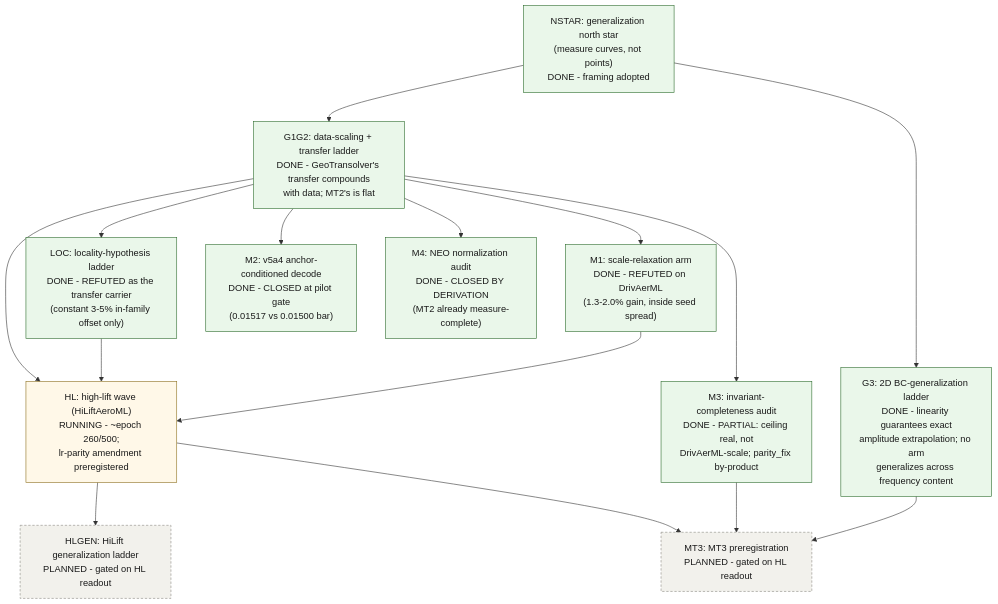
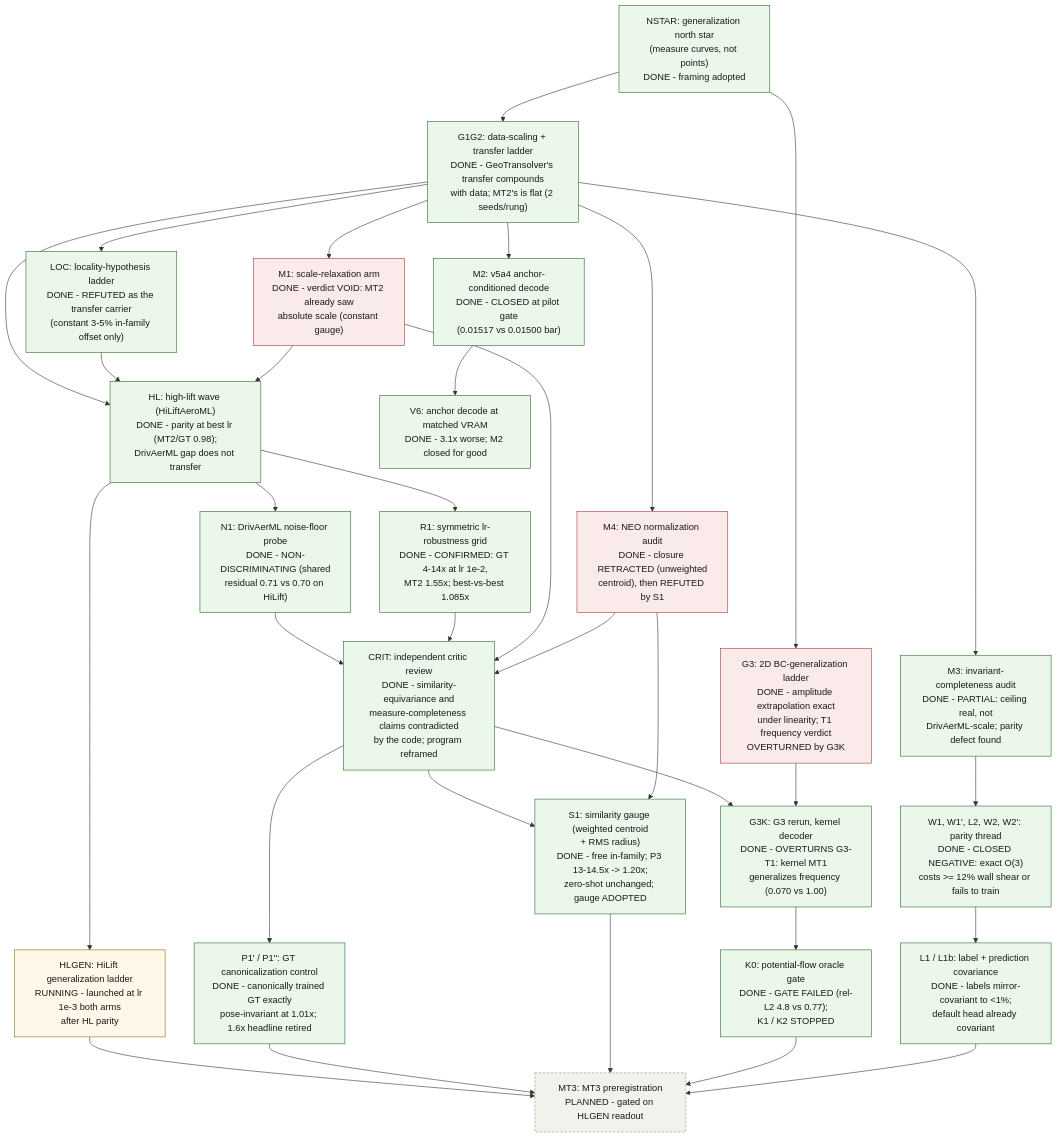
Before and after one commit to peterdsharpe/physicsnemo: the diagram in examples/cfd/mesh_transformer/book/index.qmd, drawn with Mermaid. The commit also changed other lines of this file and 2 other files, not shown here.

Commit message:
Book: architecture/review/tech-tree corrected after critic week (SE(3) not similarity; gauge adopted; 1.6x retired for canonicalization 1.01x; cost table 9.8 GB; G3 kernel rerun; K0; parity closure; honest MT2 claim set)

````diff
--- a/examples/cfd/mesh_transformer/book/index.qmd
+++ b/examples/cfd/mesh_transformer/book/index.qmd
@@ -474,38 +496,68 @@
 ```{mermaid}
 %%| fig-cap: >
-%%|   The generalization-campaign tech tree as of 2026-08-24. Green: done,
+%%|   The generalization-campaign tech tree as of 2026-09-03. Green: done,
 %%|   with the verdict in the node. Amber: running. Gray dashed: planned,
-%%|   gated on an upstream readout. Every node has a ledger row below with
-%%|   its acceptance criterion and notebook evidence link.
+%%|   gated on an upstream readout. Red: a verdict that was later
+%%|   retracted, voided, or overturned; the node that did so is its
+%%|   downstream neighbour. Every node has a ledger row below with its
+%%|   acceptance criterion and notebook evidence link.
 flowchart TB
     classDef done fill:#eaf7ea,stroke:#2a6a2a,color:#1a1a1a
     classDef running fill:#fff8e8,stroke:#8a6d1a,color:#1a1a1a
     classDef planned fill:#f2f1ec,stroke:#898781,color:#1a1a1a,stroke-dasharray:4 3
+    classDef retracted fill:#fbeaea,stroke:#a33a3a,color:#1a1a1a
 
     NSTAR["NSTAR: generalization north star<br/>(measure curves, not points)<br/>DONE - framing adopted"]:::done
-    G1G2["G1G2: data-scaling + transfer ladder<br/>DONE - GeoTransolver's transfer compounds<br/>with data; MT2's is flat"]:::done
+    G1G2["G1G2: data-scaling + transfer ladder<br/>DONE - GeoTransolver's transfer compounds<br/>with data; MT2's is flat (2 seeds/rung)"]:::done
     LOC["LOC: locality-hypothesis ladder<br/>DONE - REFUTED as the transfer carrier<br/>(constant 3-5% in-family offset only)"]:::done
-    M1["M1: scale-relaxation arm<br/>DONE - REFUTED on DrivAerML<br/>(1.3-2.0% gain, inside seed spread)"]:::done
+    M1["M1: scale-relaxation arm<br/>DONE - verdict VOID: MT2 already saw<br/>absolute scale (constant gauge)"]:::retracted
     M2["M2: v5a4 anchor-conditioned decode<br/>DONE - CLOSED at pilot gate<br/>(0.01517 vs 0.01500 bar)"]:::done
-    M3["M3: invariant-completeness audit<br/>DONE - PARTIAL: ceiling real, not<br/>DrivAerML-scale; parity_fix by-product"]:::done
-    M4["M4: NEO normalization audit<br/>DONE - CLOSED BY DERIVATION<br/>(MT2 already measure-complete)"]:::done
-    G3["G3: 2D BC-generalization ladder<br/>DONE - linearity guarantees exact<br/>amplitude extrapolation; no arm<br/>generalizes across frequency content"]:::done
-    HL["HL: high-lift wave (HiLiftAeroML)<br/>RUNNING - ~epoch 260/500;<br/>lr-parity amendment preregistered"]:::running
-    HLGEN["HLGEN: HiLift generalization ladder<br/>PLANNED - gated on HL readout"]:::planned
-    MT3["MT3: MT3 preregistration<br/>PLANNED - gated on HL readout"]:::planned
+    M3["M3: invariant-completeness audit<br/>DONE - PARTIAL: ceiling real, not<br/>DrivAerML-scale; parity defect found"]:::done
+    M4["M4: NEO normalization audit<br/>DONE - closure RETRACTED (unweighted<br/>centroid), then REFUTED by S1"]:::retracted
+    G3["G3: 2D BC-generalization ladder<br/>DONE - amplitude extrapolation exact<br/>under linearity; T1 frequency verdict<br/>OVERTURNED by G3K"]:::retracted
+    HL["HL: high-lift wave (HiLiftAeroML)<br/>DONE - parity at best lr (MT2/GT 0.98);<br/>DrivAerML gap does not transfer"]:::done
+    N1["N1: DrivAerML noise-floor probe<br/>DONE - NON-DISCRIMINATING (shared<br/>residual 0.71 vs 0.70 on HiLift)"]:::done
+    R1["R1: symmetric lr-robustness grid<br/>DONE - CONFIRMED: GT 4-14x at lr 1e-2,<br/>MT2 1.55x; best-vs-best 1.085x"]:::done
+    V6["V6: anchor decode at matched VRAM<br/>DONE - 3.1x worse; M2 closed for good"]:::done
+    PAR["W1, W1', L2, W2, W2': parity thread<br/>DONE - CLOSED NEGATIVE: exact O(3)<br/>costs >= 12% wall shear or fails to train"]:::done
+    L1["L1 / L1b: label + prediction covariance<br/>DONE - labels mirror-covariant to <1%;<br/>default head already covariant"]:::done
+    CRIT["CRIT: independent critic review<br/>DONE - similarity-equivariance and<br/>measure-completeness claims contradicted<br/>by the code; program reframed"]:::done
+    G3K["G3K: G3 rerun, kernel decoder<br/>DONE - OVERTURNS G3-T1: kernel MT1<br/>generalizes frequency (0.070 vs 1.00)"]:::done
+    K0["K0: potential-flow oracle gate<br/>DONE - GATE FAILED (rel-L2 4.8 vs 0.77);<br/>K1 / K2 STOPPED"]:::done
+    P1C["P1' / P1'': GT canonicalization control<br/>DONE - canonically trained GT exactly<br/>pose-invariant at 1.01x; 1.6x headline retired"]:::done
+    S1["S1: similarity gauge (weighted centroid<br/>+ RMS radius)<br/>DONE - free in-family; P3 13-14.5x -> 1.20x;<br/>zero-shot unchanged; gauge ADOPTED"]:::done
+    HLGEN["HLGEN: HiLift generalization ladder<br/>RUNNING - launched at lr 1e-3 both arms<br/>after HL parity"]:::running
+    MT3["MT3: MT3 preregistration<br/>PLANNED - gated on HLGEN readout"]:::planned
 
     NSTAR --> G1G2
     NSTAR --> G3
     G1G2 --> LOC
     G1G2 --> M1
     G1G2 --> M2
     G1G2 --> M3
     G1G2 --> M4
     G1G2 --> HL
     LOC --> HL
     M1 --> HL
+    HL --> N1
+    HL --> R1
+    M2 --> V6
+    M3 --> PAR
+    PAR --> L1
+    N1 --> CRIT
+    R1 --> CRIT
+    M1 --> CRIT
+    M4 --> CRIT
+    CRIT --> G3K
+    G3 --> G3K
+    G3K --> K0
+    CRIT --> P1C
+    CRIT --> S1
+    M4 --> S1
     HL --> HLGEN
-    HL --> MT3
-    M3 --> MT3
-    G3 --> MT3
+    HLGEN --> MT3
+    P1C --> MT3
+    S1 --> MT3
+    K0 --> MT3
+    L1 --> MT3
 ```
````
